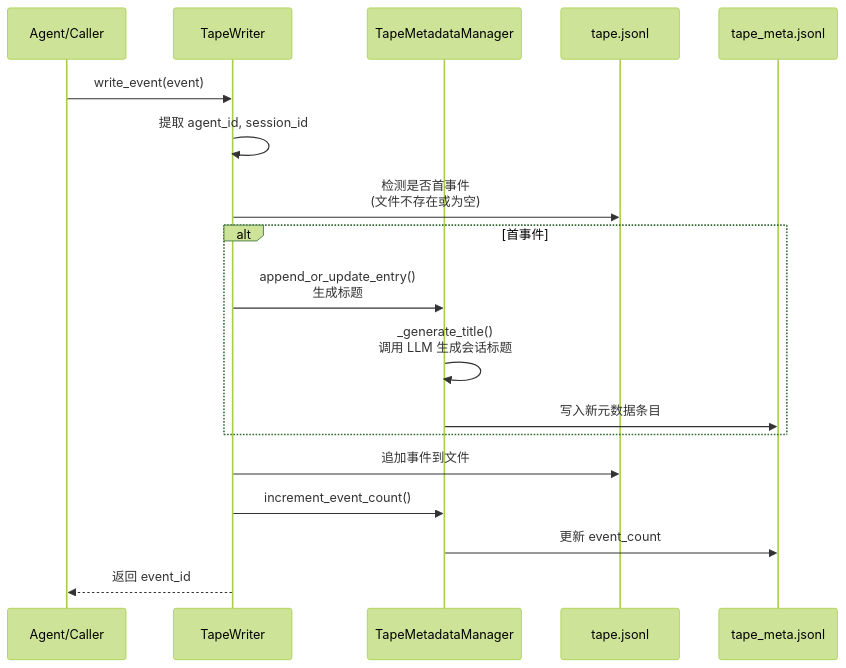
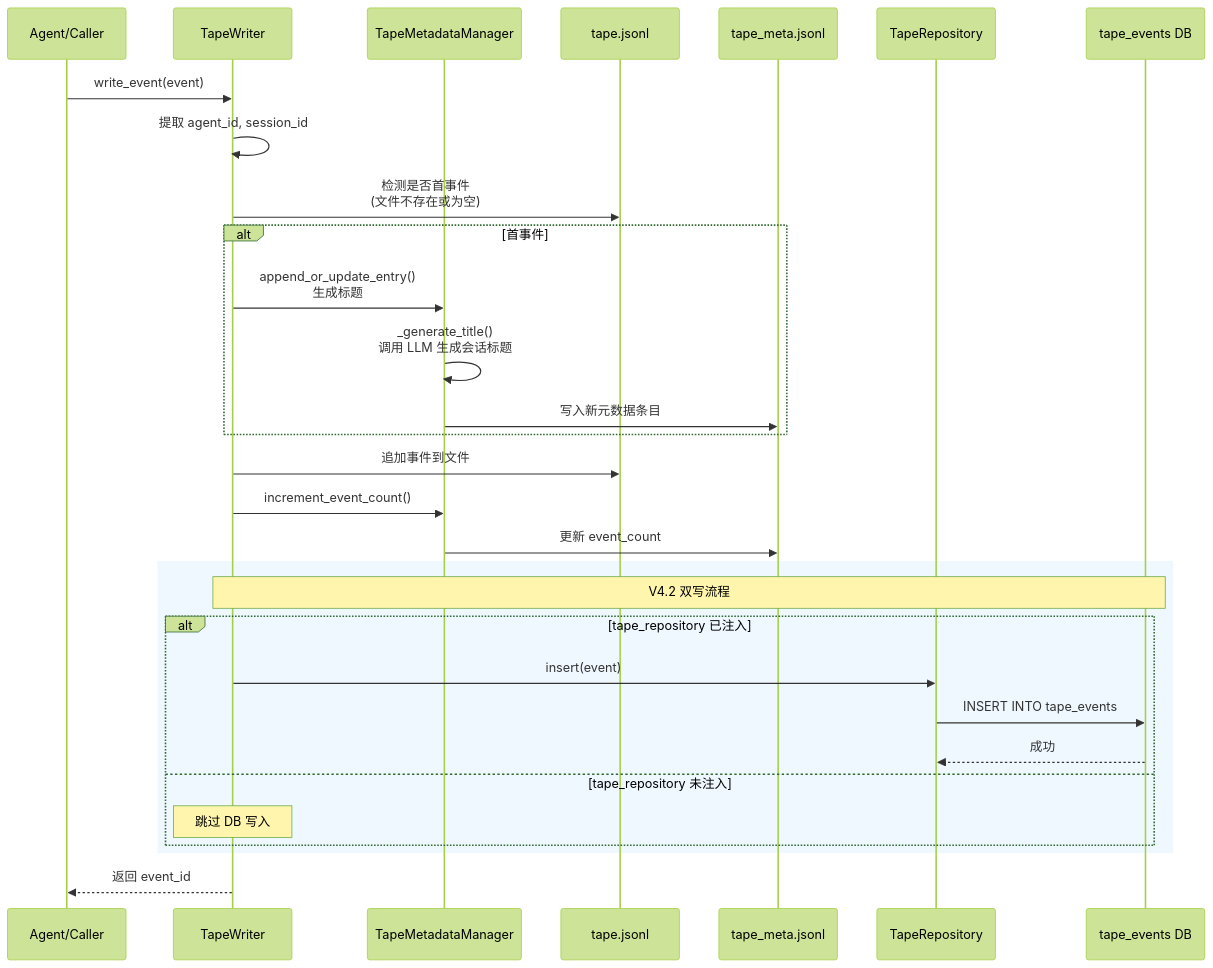
Before and after one commit to ykfnxx/simu-emperor: the third of 12 diagrams in src/simu_emperor/memory/AGENTS.md, drawn with Mermaid (forest theme). The commit also changed other lines of this file and 5 other files, not shown here.

First line of the commit message:
docs(v4.2): update all AGENTS.md and CLAUDE.md for V4.2 architecture

````diff
--- a/src/simu_emperor/memory/AGENTS.md
+++ b/src/simu_emperor/memory/AGENTS.md
@@ -157,21 +251,35 @@
 ```mermaid
 sequenceDiagram
     participant Agent as Agent/Caller
     participant TW as TapeWriter
     participant TMM as TapeMetadataManager
     participant Tape as tape.jsonl
     participant Meta as tape_meta.jsonl
+    participant TR as TapeRepository
+    participant DB as tape_events DB
 
     Agent->>TW: write_event(event)
     TW->>TW: 提取 agent_id, session_id
     TW->>Tape: 检测是否首事件<br/>(文件不存在或为空)
     alt 首事件
         TW->>TMM: append_or_update_entry()<br/>生成标题
         TMM->>TMM: _generate_title()<br/>调用 LLM 生成会话标题
         TMM->>Meta: 写入新元数据条目
     end
     TW->>Tape: 追加事件到文件
     TW->>TMM: increment_event_count()
     TMM->>Meta: 更新 event_count
+    
+    rect rgb(240, 248, 255)
+        Note over TW,DB: V4.2 双写流程
+        alt tape_repository 已注入
+            TW->>TR: insert(event)
+            TR->>DB: INSERT INTO tape_events
+            DB-->>TR: 成功
+        else tape_repository 未注入
+            Note over TW: 跳过 DB 写入
+        end
+    end
+    
     TW-->>Agent: 返回 event_id
 ```
````
